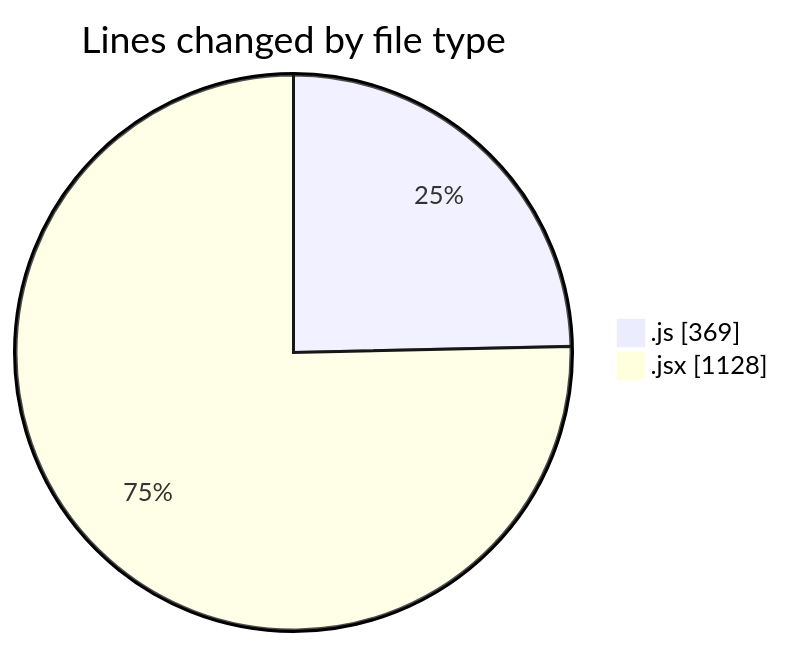
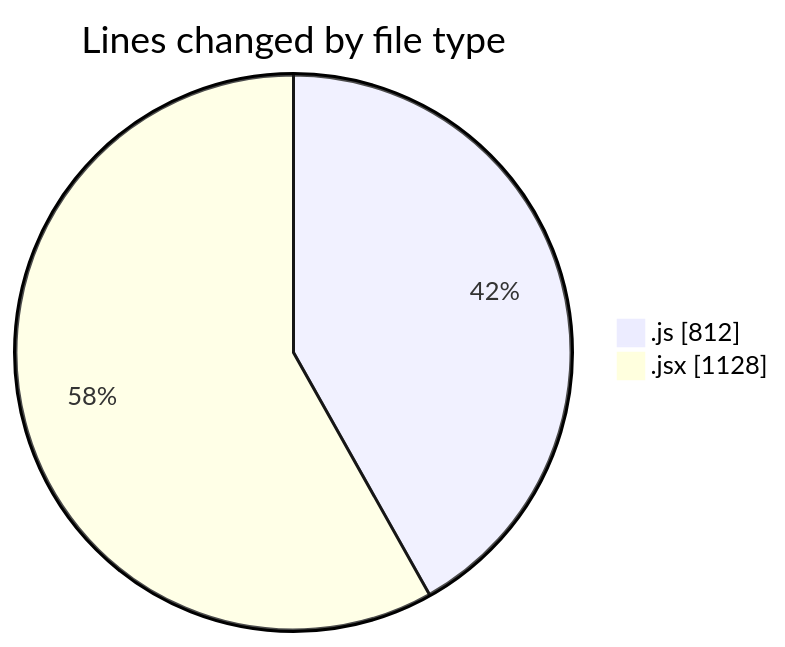
The first of 2 diagrams in 2025-12-26/nxtqube_webapp/README.md (nxtqubesakshisongat/code-tracking), drawn with Mermaid before and after one commit. The commit also changed other lines of this file and 1 other file, not shown here.

````diff
--- a/2025-12-26/nxtqube_webapp/README.md
+++ b/2025-12-26/nxtqube_webapp/README.md
@@ -23,6 +24,6 @@
 ```mermaid
 pie showData
 title Lines changed by file type
-".js" : 369
+".js" : 812
 ".jsx" : 1128
 ```
````
